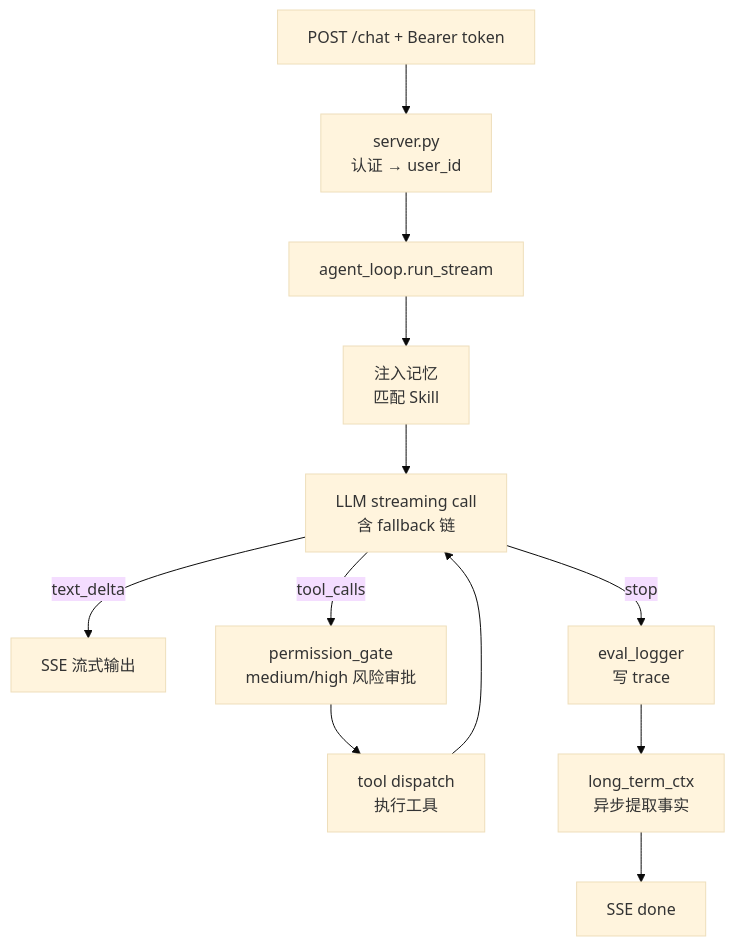
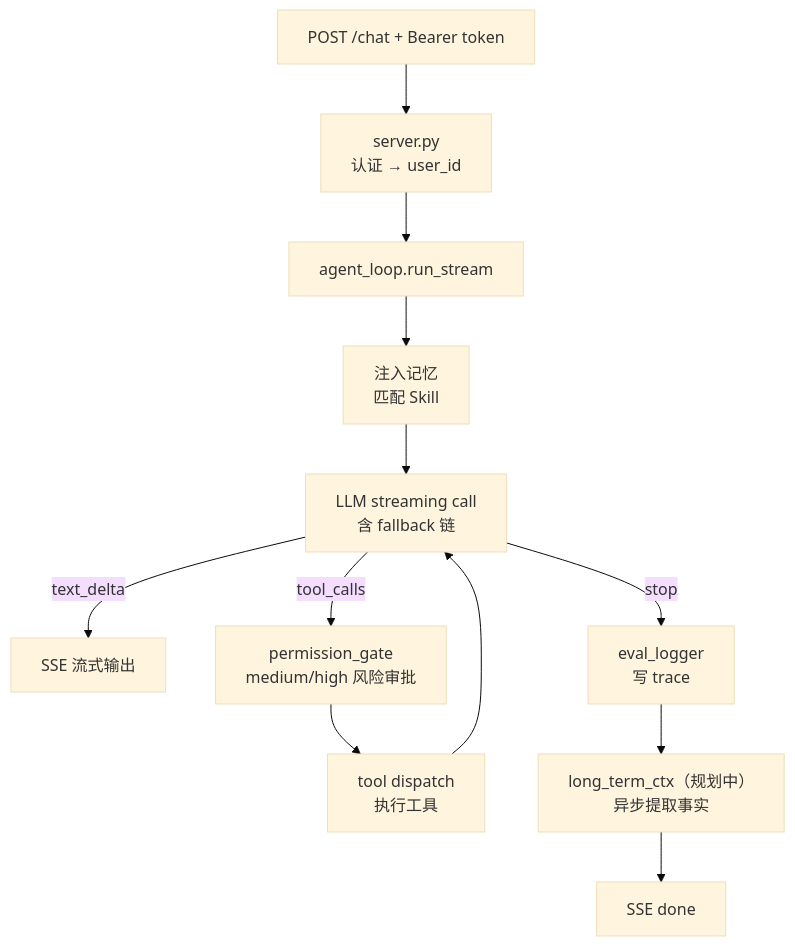
One commit to Summy2104/fleetent changed the second of 5 diagrams in docs/architecture.md. Above: the diagram before and after it, drawn with Mermaid (base theme). The commit also changed other lines of this file and 6 other files, not shown here.

````diff
--- a/docs/architecture.md
+++ b/docs/architecture.md
@@ -70,14 +70,14 @@
 ```mermaid
 flowchart TD
     A["POST /chat + Bearer token"] --> B["server.py\n认证 → user_id"]
     B --> C["agent_loop.run_stream"]
     C --> D["注入记忆\n匹配 Skill"]
     D --> E["LLM streaming call\n含 fallback 链"]
     E -->|text_delta| F["SSE 流式输出"]
     E -->|tool_calls| G["permission_gate\nmedium/high 风险审批"]
     G --> H["tool dispatch\n执行工具"]
     H --> E
     E -->|stop| I["eval_logger\n写 trace"]
-    I --> J["long_term_ctx\n异步提取事实"]
+    I --> J["long_term_ctx（规划中）\n异步提取事实"]
     J --> K["SSE done"]
 ```
````
